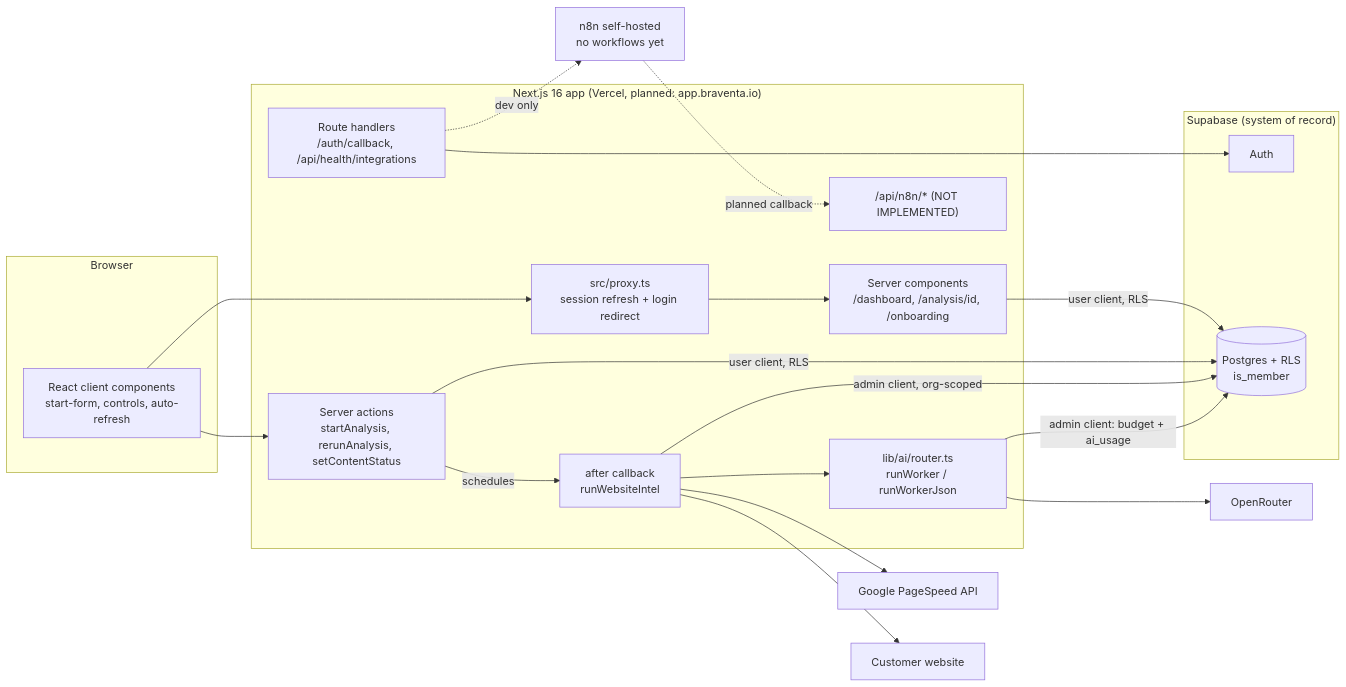
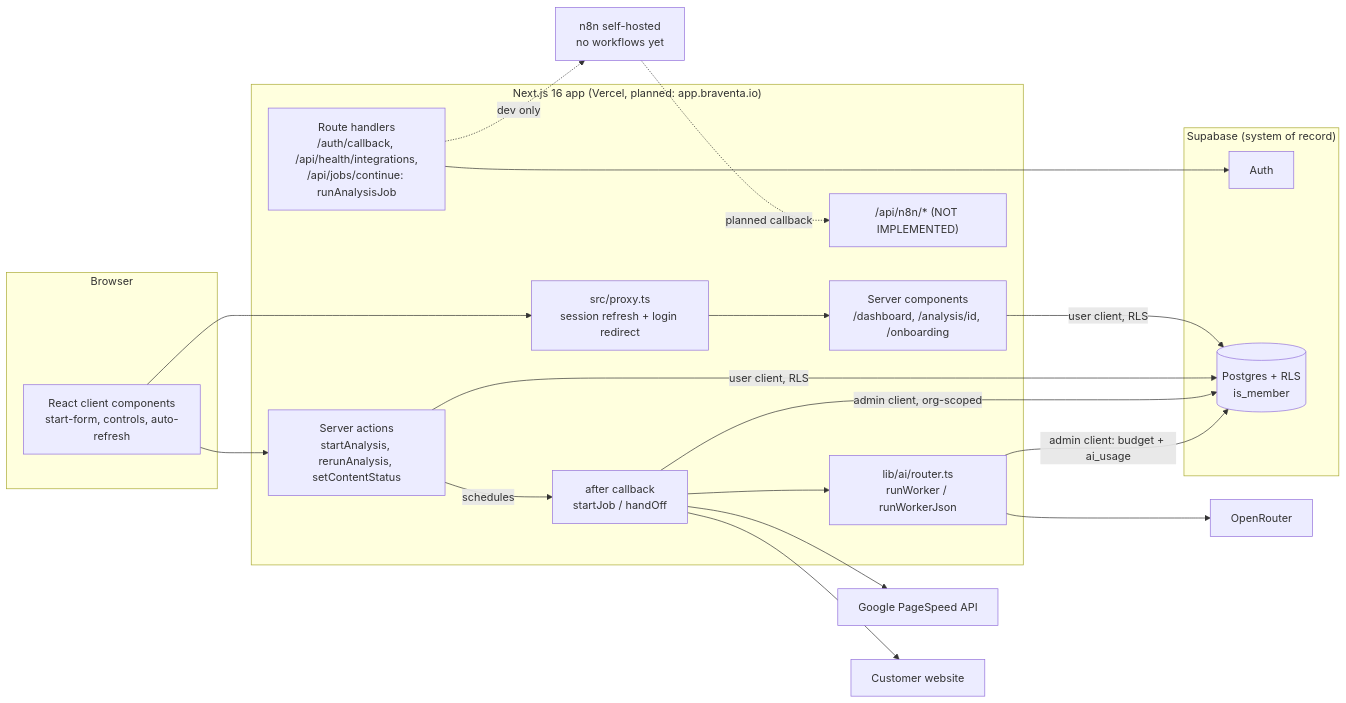
The first of 2 diagrams in docs/architecture/SYSTEM_ARCHITECTURE.md (jbaclangen/GrowthOS), drawn with Mermaid before and after one commit. The commit also changed other lines of this file and 34 other files, not shown here.

````diff
--- a/docs/architecture/SYSTEM_ARCHITECTURE.md
+++ b/docs/architecture/SYSTEM_ARCHITECTURE.md
@@ -40,40 +40,40 @@
 ```mermaid
 flowchart LR
   subgraph Browser
     UI[React client components<br/>start-form, controls, auto-refresh]
   end
 
   subgraph Vercel["Next.js 16 app (Vercel, planned: app.braventa.io)"]
     PX[src/proxy.ts<br/>session refresh + login redirect]
     RSC[Server components<br/>/dashboard, /analysis/id, /onboarding]
     SA[Server actions<br/>startAnalysis, rerunAnalysis, setContentStatus]
-    AFTER[after callback<br/>runWebsiteIntel]
-    API[Route handlers<br/>/auth/callback, /api/health/integrations]
+    AFTER[after callback<br/>startJob / handOff]
+    API[Route handlers<br/>/auth/callback, /api/health/integrations,<br/>/api/jobs/continue: runAnalysisJob]
     N8NAPI["/api/n8n/* (NOT IMPLEMENTED)"]
     ROUTER[lib/ai/router.ts<br/>runWorker / runWorkerJson]
   end
 
   subgraph Supabase["Supabase (system of record)"]
     AUTH[Auth]
     DB[(Postgres + RLS<br/>is_member)]
   end
 
   OR[OpenRouter]
   PSI[Google PageSpeed API]
   SITE[Customer website]
   N8N[n8n self-hosted<br/>no workflows yet]
 
   UI --> PX --> RSC
   UI --> SA
   RSC -- user client, RLS --> DB
   SA -- user client, RLS --> DB
   SA -- schedules --> AFTER
   AFTER -- admin client, org-scoped --> DB
   AFTER --> SITE
   AFTER --> PSI
   AFTER --> ROUTER --> OR
   ROUTER -- admin client: budget + ai_usage --> DB
   API --> AUTH
   API -. dev only .-> N8N
   N8N -. planned callback .-> N8NAPI
 ```
````
